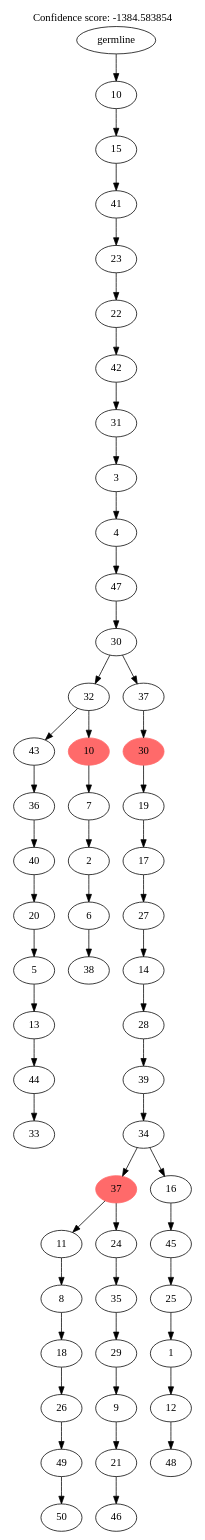
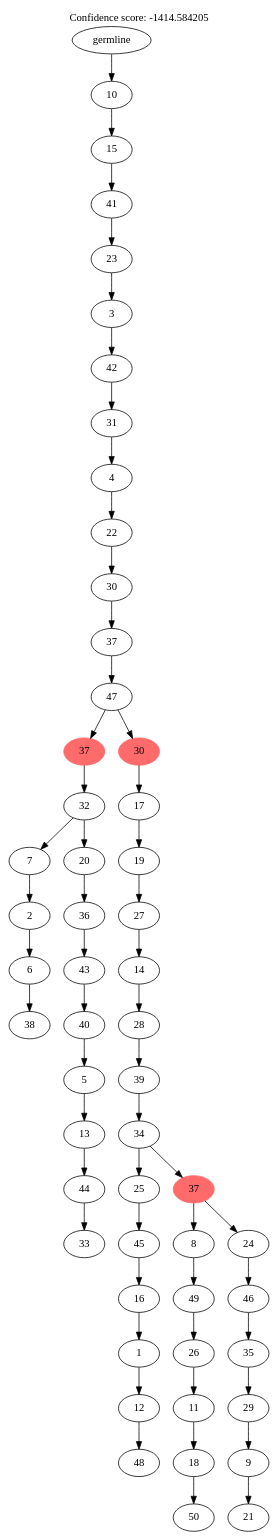
The diagram in data/exp2/sim_7_scs.sasc.mlt.gv (sciccolella/reSASC_supplements), drawn with Graphviz before and after one commit. The commit also changed 659 other files, not shown here.

```diff
--- a/data/exp2/sim_7_scs.sasc.mlt.gv
+++ b/data/exp2/sim_7_scs.sasc.mlt.gv
@@ -1,111 +1,111 @@
 digraph g {
 	"52" -> "53";
-	"53" [label="33"];
+	"53" [label="38"];
 	"51" -> "52";
-	"52" [label="44"];
+	"52" [label="6"];
 	"50" -> "51";
-	"51" [label="13"];
-	"49" -> "50";
-	"50" [label="5"];
+	"51" [label="2"];
 	"48" -> "49";
-	"49" [label="20"];
+	"49" [label="33"];
 	"47" -> "48";
-	"48" [label="40"];
+	"48" [label="44"];
 	"46" -> "47";
-	"47" [label="36"];
+	"47" [label="13"];
+	"45" -> "46";
+	"46" [label="5"];
 	"44" -> "45";
-	"45" [label="38"];
+	"45" [label="40"];
 	"43" -> "44";
-	"44" [label="6"];
+	"44" [label="43"];
 	"42" -> "43";
-	"43" [label="2"];
+	"43" [label="36"];
 	"41" -> "42";
-	"42" [label="7"];
+	"42" [label="20"];
+	"41" -> "50";
+	"50" [label="7"];
 	"40" -> "41";
-	"41" [color=indianred1, style=filled, label="10"];
-	"40" -> "46";
-	"46" [label="43"];
+	"41" [label="32"];
 	"38" -> "39";
-	"39" [label="50"];
+	"39" [label="48"];
 	"37" -> "38";
-	"38" [label="49"];
+	"38" [label="12"];
 	"36" -> "37";
-	"37" [label="26"];
+	"37" [label="1"];
 	"35" -> "36";
-	"36" [label="18"];
+	"36" [label="16"];
 	"34" -> "35";
-	"35" [label="8"];
+	"35" [label="45"];
 	"32" -> "33";
-	"33" [label="46"];
+	"33" [label="50"];
 	"31" -> "32";
-	"32" [label="21"];
+	"32" [label="18"];
 	"30" -> "31";
-	"31" [label="9"];
+	"31" [label="11"];
 	"29" -> "30";
-	"30" [label="29"];
+	"30" [label="26"];
 	"28" -> "29";
-	"29" [label="35"];
-	"27" -> "28";
-	"28" [label="24"];
-	"27" -> "34";
-	"34" [label="11"];
+	"29" [label="49"];
+	"26" -> "27";
+	"27" [label="21"];
 	"25" -> "26";
-	"26" [label="48"];
+	"26" [label="9"];
 	"24" -> "25";
-	"25" [label="12"];
+	"25" [label="29"];
 	"23" -> "24";
-	"24" [label="1"];
+	"24" [label="35"];
 	"22" -> "23";
-	"23" [label="25"];
+	"23" [label="46"];
 	"21" -> "22";
-	"22" [label="45"];
+	"22" [label="24"];
+	"21" -> "28";
+	"28" [label="8"];
 	"20" -> "21";
-	"21" [label="16"];
-	"20" -> "27";
-	"27" [color=indianred1, style=filled, label="37"];
+	"21" [color=indianred1, style=filled, label="37"];
+	"20" -> "34";
+	"34" [label="25"];
 	"19" -> "20";
 	"20" [label="34"];
 	"18" -> "19";
 	"19" [label="39"];
 	"17" -> "18";
 	"18" [label="28"];
 	"16" -> "17";
 	"17" [label="14"];
 	"15" -> "16";
 	"16" [label="27"];
 	"14" -> "15";
-	"15" [label="17"];
+	"15" [label="19"];
 	"13" -> "14";
-	"14" [label="19"];
+	"14" [label="17"];
 	"12" -> "13";
 	"13" [color=indianred1, style=filled, label="30"];
+	"12" -> "40";
+	"40" [color=indianred1, style=filled, label="37"];
 	"11" -> "12";
-	"12" [label="37"];
-	"11" -> "40";
-	"40" [label="32"];
+	"12" [label="47"];
 	"10" -> "11";
-	"11" [label="30"];
+	"11" [label="37"];
 	"9" -> "10";
-	"10" [label="47"];
+	"10" [label="30"];
 	"8" -> "9";
-	"9" [label="4"];
+	"9" [label="22"];
 	"7" -> "8";
-	"8" [label="3"];
+	"8" [label="4"];
 	"6" -> "7";
 	"7" [label="31"];
 	"5" -> "6";
 	"6" [label="42"];
 	"4" -> "5";
-	"5" [label="22"];
+	"5" [label="3"];
 	"3" -> "4";
 	"4" [label="23"];
 	"2" -> "3";
 	"3" [label="41"];
 	"1" -> "2";
 	"2" [label="15"];
 	"0" -> "1";
 	"1" [label="10"];
 	"0" [label="germline"];
 	labelloc="t";
-	label="Confidence score: -1384.583854";
+	label="Confidence score: -1414.584205";
 }
```
